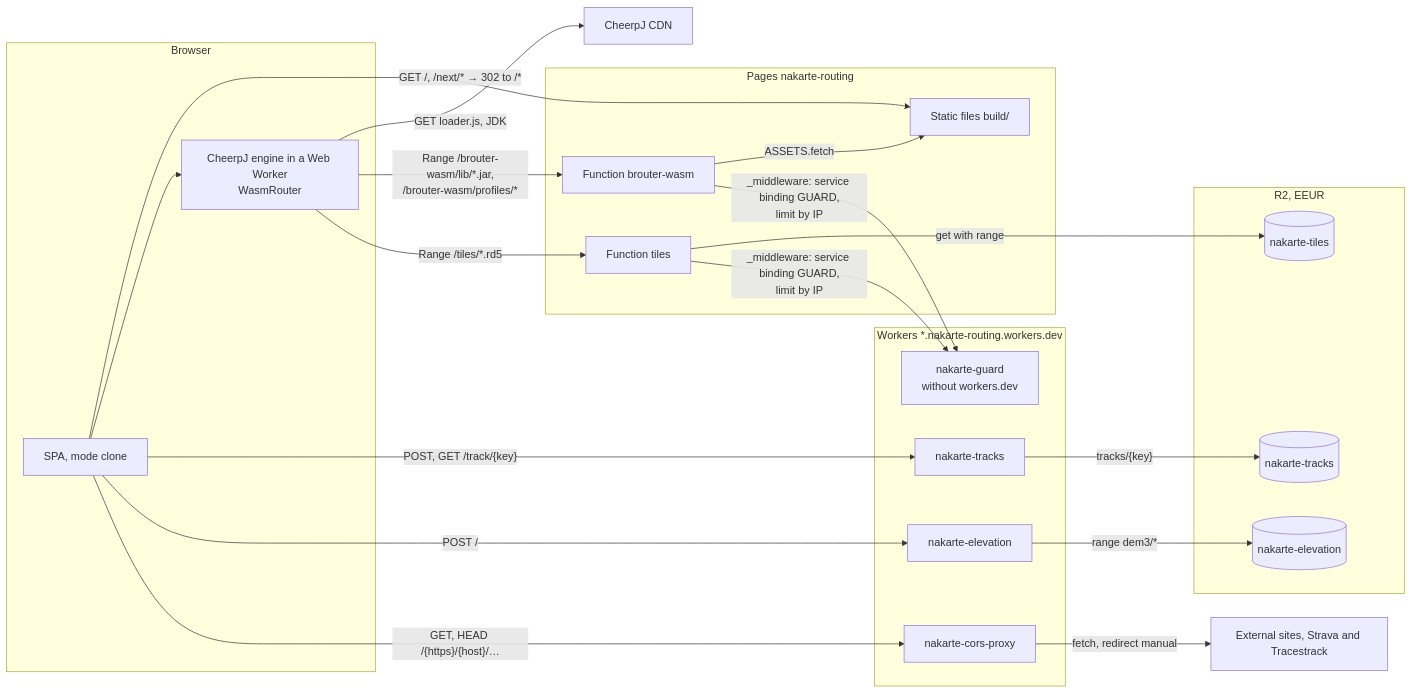
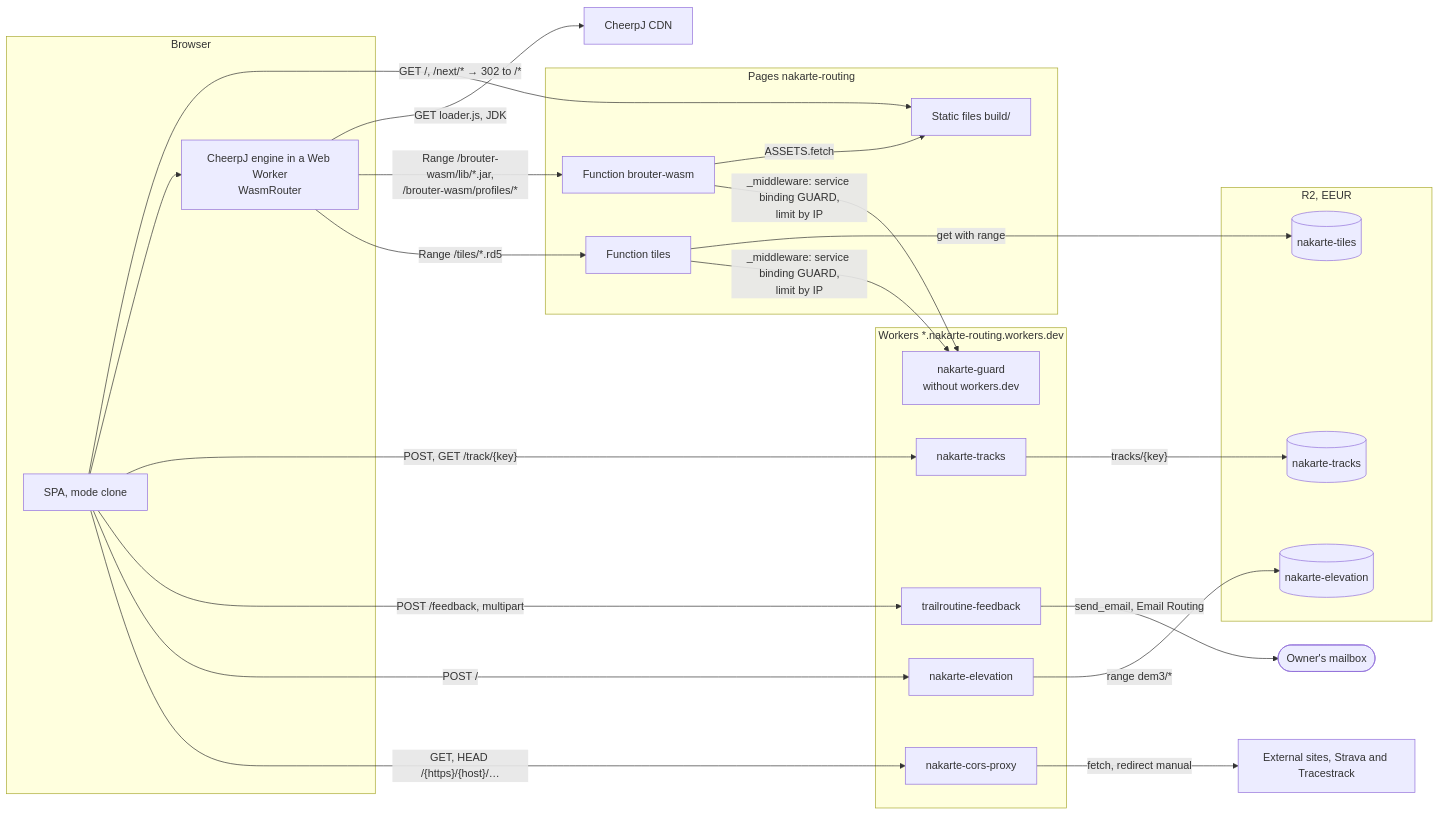
One commit to sergeycw/trailroutine changed the second of 3 diagrams in docs/architecture/README.md. Above: the diagram before and after it, drawn with Mermaid. The commit also changed other lines of this file and 25 other files, not shown here.

````diff
--- a/docs/architecture/README.md
+++ b/docs/architecture/README.md
@@ -88,44 +88,47 @@
 ```mermaid
 flowchart LR
     subgraph browser["Browser"]
         spa["SPA, mode clone"]
         engine["CheerpJ engine in a Web Worker<br/>WasmRouter"]
     end
 
     subgraph pages["Pages nakarte-routing"]
         static["Static files build/"]
         fwasm["Function brouter-wasm"]
         ftiles["Function tiles"]
     end
 
     subgraph workers["Workers *.nakarte-routing.workers.dev"]
         proxy["nakarte-cors-proxy"]
         tracks["nakarte-tracks"]
         elev["nakarte-elevation"]
         guard["nakarte-guard<br/>without workers.dev"]
+        feedback["trailroutine-feedback"]
     end
 
     subgraph r2["R2, EEUR"]
         r2tiles[("nakarte-tiles")]
         r2tracks[("nakarte-tracks")]
         r2elev[("nakarte-elevation")]
     end
 
     cdn["CheerpJ CDN"]
     ext["External sites, Strava and Tracestrack"]
 
     spa -->|"GET /, /next/* → 302 to /*"| static
     spa --> engine
     engine -->|"GET loader.js, JDK"| cdn
     engine -->|"Range /brouter-wasm/lib/*.jar,<br/>/brouter-wasm/profiles/*"| fwasm
     fwasm -->|"ASSETS.fetch"| static
     engine -->|"Range /tiles/*.rd5"| ftiles
     ftiles -->|"get with range"| r2tiles
     fwasm & ftiles -->|"_middleware: service binding GUARD,<br/>limit by IP"| guard
     spa -->|"POST, GET /track/{key}"| tracks
+    spa -->|"POST /feedback, multipart"| feedback
+    feedback -->|"send_email, Email Routing"| mail(["Owner's mailbox"])
     tracks -->|"tracks/{key}"| r2tracks
     spa -->|"POST /"| elev
     elev -->|"range dem3/*"| r2elev
     spa -->|"GET, HEAD /{https}/{host}/…"| proxy
     proxy -->|"fetch, redirect manual"| ext
 ```
````
